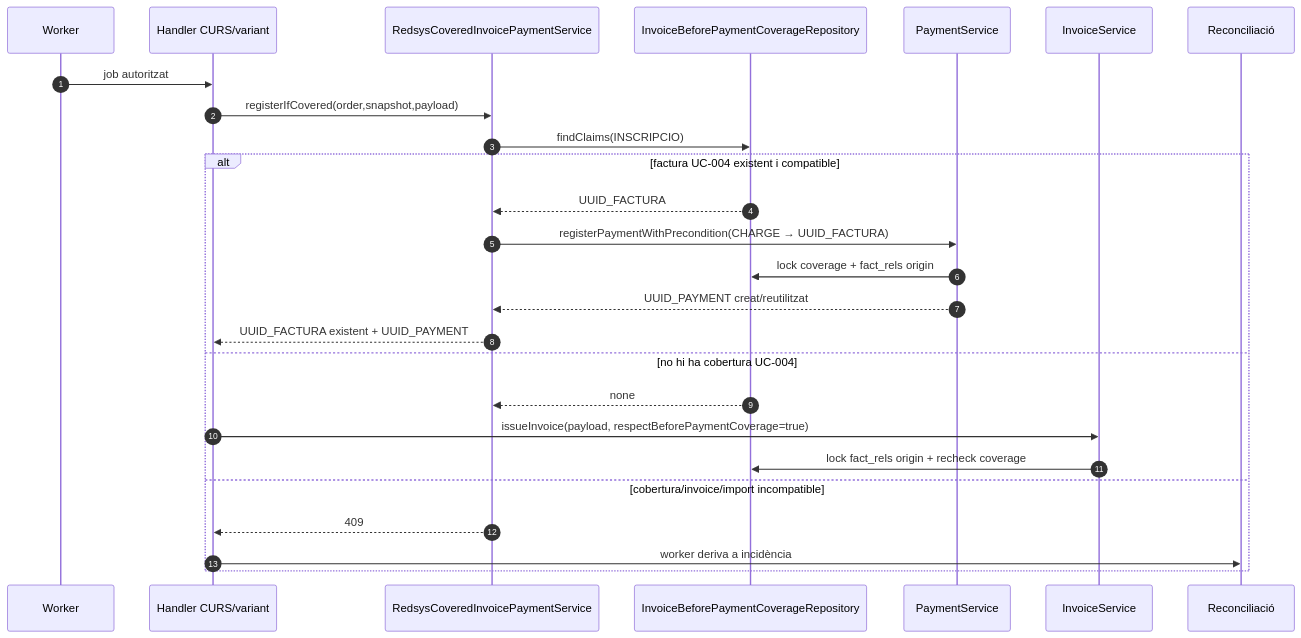
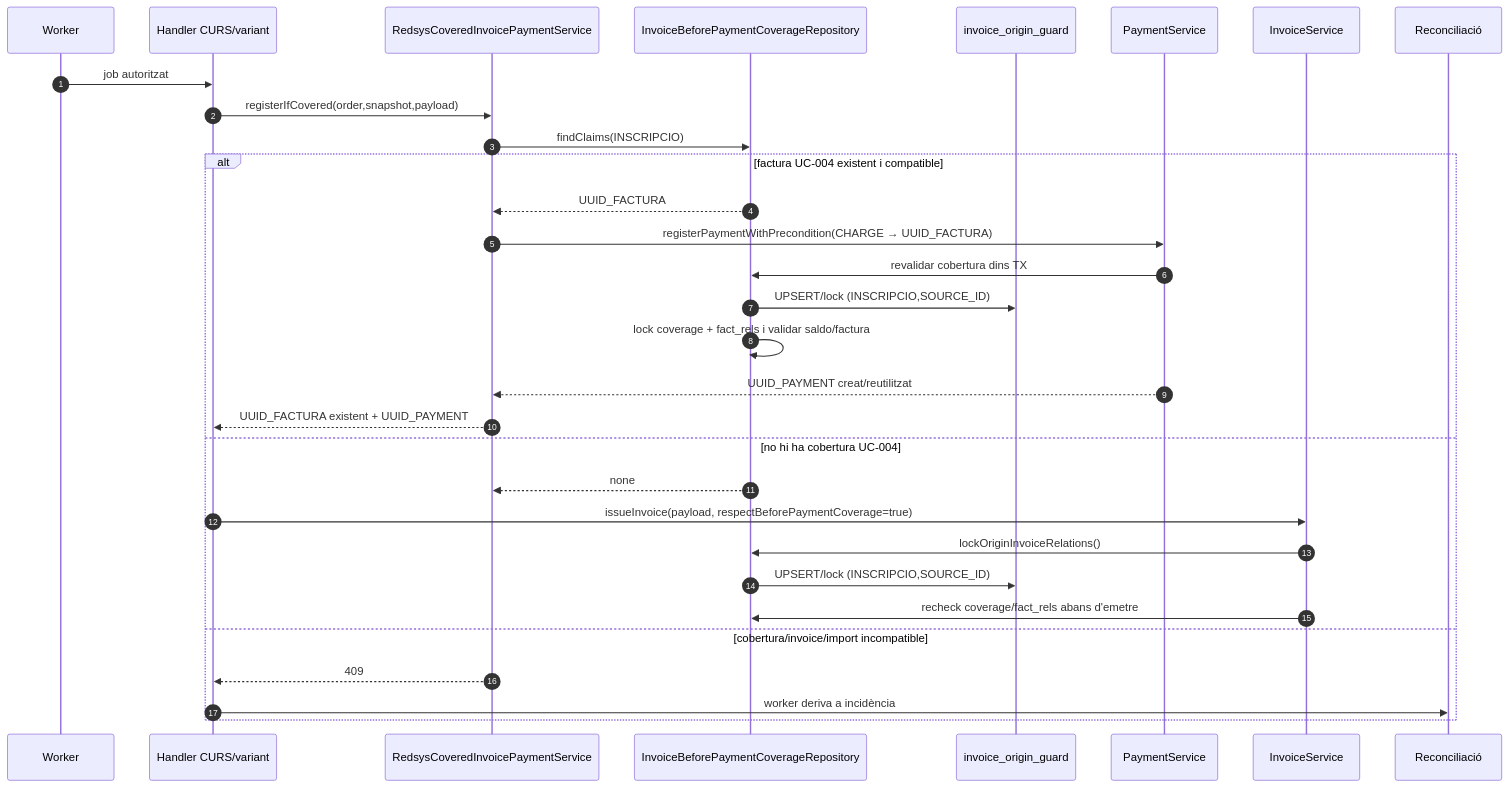
Before and after one commit to orgmeriemprismacat-del/verifactu: the eighth of 8 diagrams in documentacio/07-uml-integrat/uc-003-sequencies-actual-final.md, drawn with Mermaid. The commit also changed other lines of this file, not shown here.

Commit message:
docs(UC-003): update covered-invoice sequence with durable mutex

````diff
--- a/documentacio/07-uml-integrat/uc-003-sequencies-actual-final.md
+++ b/documentacio/07-uml-integrat/uc-003-sequencies-actual-final.md
@@ -206,29 +206,34 @@
 ```mermaid
 sequenceDiagram
 autonumber
 participant W as Worker
 participant H as Handler CURS/variant
 participant F as RedsysCoveredInvoicePaymentService
 participant Cov as InvoiceBeforePaymentCoverageRepository
+participant Guard as invoice_origin_guard
 participant Pay as PaymentService
 participant Inv as InvoiceService
 participant Inc as Reconciliació
 
 W->>H: job autoritzat
 H->>F: registerIfCovered(order,snapshot,payload)
 F->>Cov: findClaims(INSCRIPCIO)
 alt factura UC-004 existent i compatible
   Cov-->>F: UUID_FACTURA
   F->>Pay: registerPaymentWithPrecondition(CHARGE → UUID_FACTURA)
-  Pay->>Cov: lock coverage + fact_rels origin
+  Pay->>Cov: revalidar cobertura dins TX
+  Cov->>Guard: UPSERT/lock (INSCRIPCIO,SOURCE_ID)
+  Cov->>Cov: lock coverage + fact_rels i validar saldo/factura
   Pay-->>F: UUID_PAYMENT creat/reutilitzat
   F-->>H: UUID_FACTURA existent + UUID_PAYMENT
 else no hi ha cobertura UC-004
   Cov-->>F: none
   H->>Inv: issueInvoice(payload, respectBeforePaymentCoverage=true)
-  Inv->>Cov: lock fact_rels origin + recheck coverage
+  Inv->>Cov: lockOriginInvoiceRelations()
+  Cov->>Guard: UPSERT/lock (INSCRIPCIO,SOURCE_ID)
+  Inv->>Cov: recheck coverage/fact_rels abans d'emetre
 else cobertura/invoice/import incompatible
   F-->>H: 409
   H->>Inc: worker deriva a incidència
 end
 ```
````
